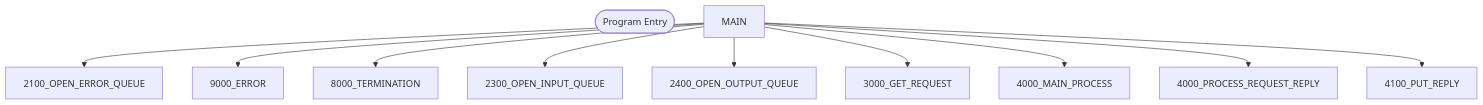
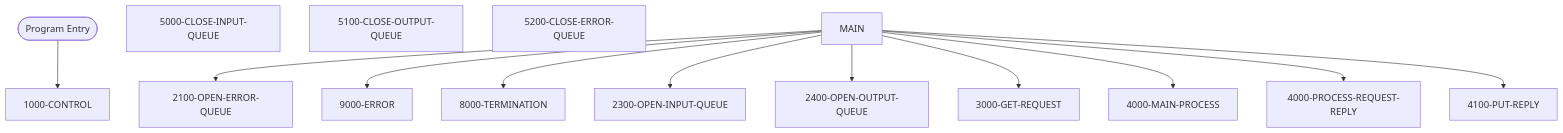
One commit to Arun973150/new_doc changed the second of 2 diagrams in Unisys_doc-main/doc_demo/docs/programs/COACCT01.md. Above: the diagram before and after it, drawn with Mermaid. The commit also changed other lines of this file and 662 other files, not shown here.

````diff
--- a/Unisys_doc-main/doc_demo/docs/programs/COACCT01.md
+++ b/Unisys_doc-main/doc_demo/docs/programs/COACCT01.md
@@ -181,13 +268,27 @@
 ```mermaid
 flowchart TD
     START([Program Entry])
+    1000_CONTROL["1000-CONTROL"]
+    2300_OPEN_INPUT_QUEUE["2300-OPEN-INPUT-QUEUE"]
+    2400_OPEN_OUTPUT_QUEUE["2400-OPEN-OUTPUT-QUEUE"]
+    2100_OPEN_ERROR_QUEUE["2100-OPEN-ERROR-QUEUE"]
+    4000_MAIN_PROCESS["4000-MAIN-PROCESS"]
+    3000_GET_REQUEST["3000-GET-REQUEST"]
+    4000_PROCESS_REQUEST_REPLY["4000-PROCESS-REQUEST-REPLY"]
+    4100_PUT_REPLY["4100-PUT-REPLY"]
+    9000_ERROR["9000-ERROR"]
+    8000_TERMINATION["8000-TERMINATION"]
+    5000_CLOSE_INPUT_QUEUE["5000-CLOSE-INPUT-QUEUE"]
+    5100_CLOSE_OUTPUT_QUEUE["5100-CLOSE-OUTPUT-QUEUE"]
+    5200_CLOSE_ERROR_QUEUE["5200-CLOSE-ERROR-QUEUE"]
+    START --> 1000_CONTROL
     MAIN --> 2100_OPEN_ERROR_QUEUE
     MAIN --> 9000_ERROR
     MAIN --> 8000_TERMINATION
     MAIN --> 2300_OPEN_INPUT_QUEUE
     MAIN --> 2400_OPEN_OUTPUT_QUEUE
     MAIN --> 3000_GET_REQUEST
     MAIN --> 4000_MAIN_PROCESS
     MAIN --> 4000_PROCESS_REQUEST_REPLY
     MAIN --> 4100_PUT_REPLY
 ```
````
